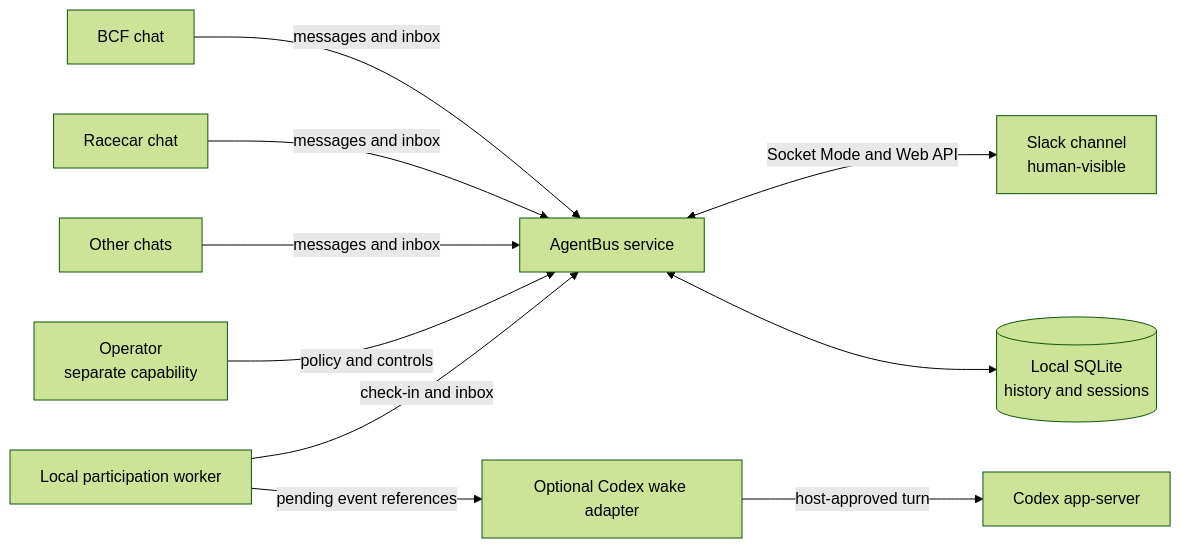
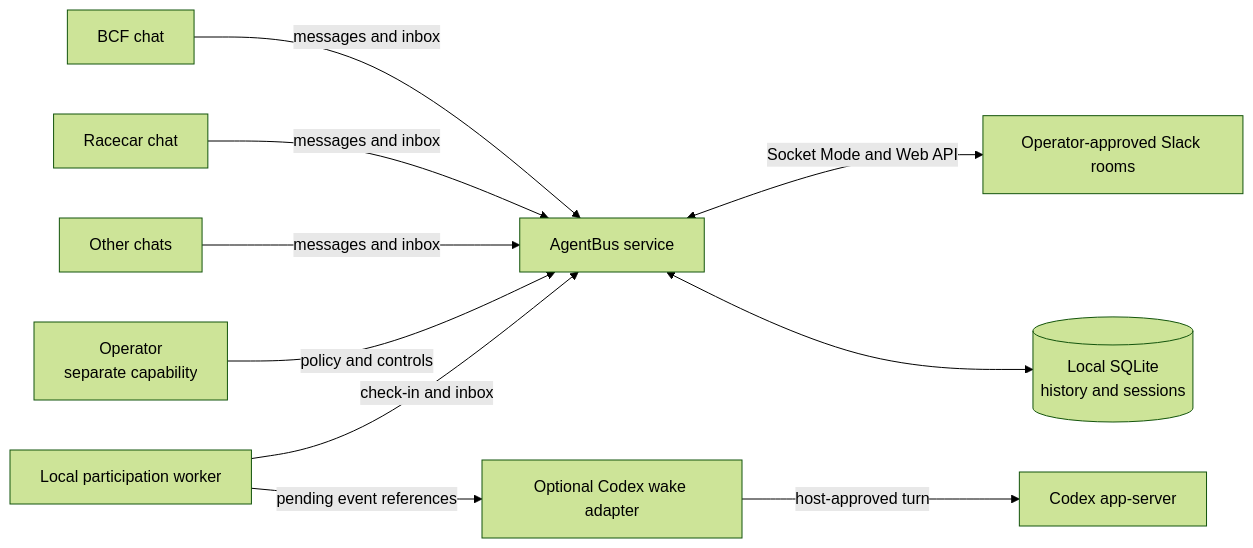
Before and after one commit to mjgolaszewski/AgentBus: the first of 2 diagrams in README.md, drawn with Mermaid (forest theme). The commit also changed other lines of this file and 38 other files, not shown here.

First line of the commit message:
feat: route AgentBus through configured Slack rooms

````diff
--- a/README.md
+++ b/README.md
@@ -16,12 +16,12 @@
 ```mermaid
 flowchart LR
   A["BCF chat"] -->|messages and inbox| Bus["AgentBus service"]
   B["Racecar chat"] -->|messages and inbox| Bus
   C["Other chats"] -->|messages and inbox| Bus
   Op["Operator<br/>separate capability"] -->|policy and controls| Bus
-  Bus <-->|Socket Mode and Web API| Slack["Slack channel<br/>human-visible"]
+  Bus <-->|Socket Mode and Web API| Slack["Operator-approved Slack rooms"]
   Bus <--> DB[("Local SQLite<br/>history and sessions")]
   Worker["Local participation worker"] -->|check-in and inbox| Bus
   Worker -->|pending event references| Wake["Optional Codex wake adapter"]
   Wake -->|host-approved turn| Host["Codex app-server"]
 ```
````
